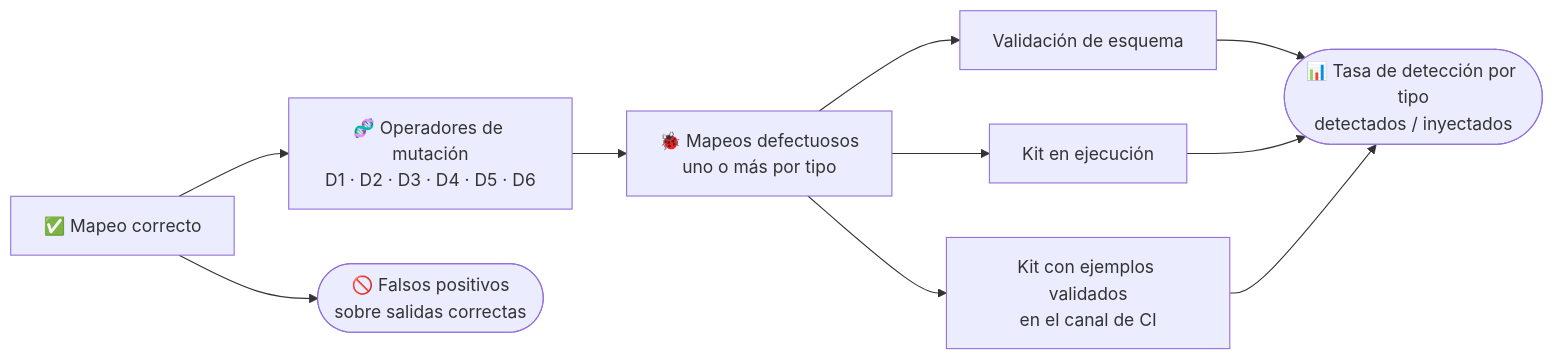
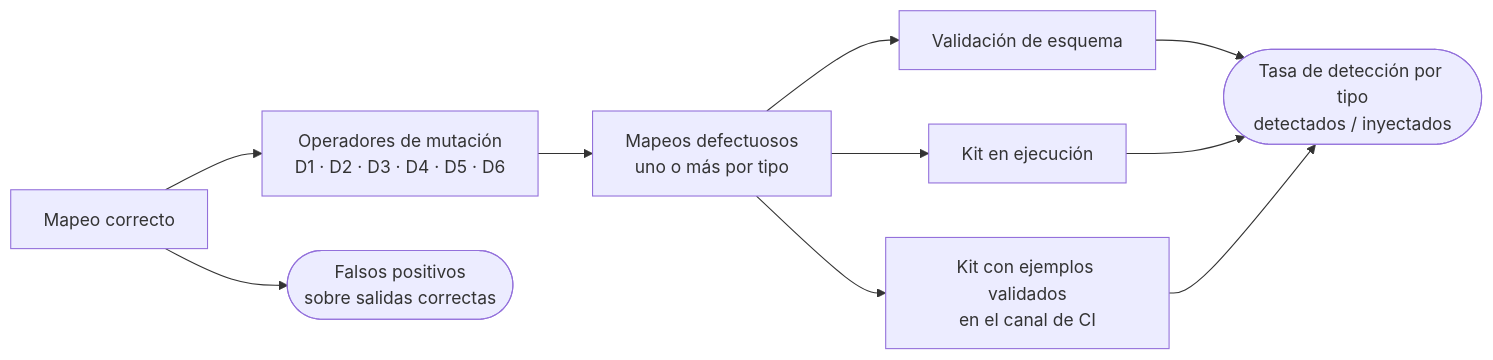
Before and after one commit to AlejoTechEngineer/veriagent-einvoice-latam: the fifth of 6 diagrams in entrega-2-borrador-intermedio/README.md, drawn with Mermaid. The commit also changed other lines of this file and 2 other files, not shown here.

````diff
--- a/entrega-2-borrador-intermedio/README.md
+++ b/entrega-2-borrador-intermedio/README.md
@@ -278,12 +278,12 @@
 ```mermaid
 flowchart LR
-    MC["✅ Mapeo correcto"] --> OP["🧬 Operadores de mutación<br/>D1 · D2 · D3 · D4 · D5 · D6"]
-    OP --> MU["🐞 Mapeos defectuosos<br/>uno o más por tipo"]
+    MC["Mapeo correcto"] --> OP["Operadores de mutación<br/>D1 · D2 · D3 · D4 · D5 · D6"]
+    OP --> MU["Mapeos defectuosos<br/>uno o más por tipo"]
     MU --> M1["Validación de esquema"]
     MU --> M2["Kit en ejecución"]
     MU --> M3["Kit con ejemplos validados<br/>en el canal de CI"]
-    M1 --> TD(["📊 Tasa de detección por tipo<br/>detectados / inyectados"])
+    M1 --> TD(["Tasa de detección por tipo<br/>detectados / inyectados"])
     M2 --> TD
     M3 --> TD
-    MC --> FP(["🚫 Falsos positivos<br/>sobre salidas correctas"])
+    MC --> FP(["Falsos positivos<br/>sobre salidas correctas"])
 ```
````
